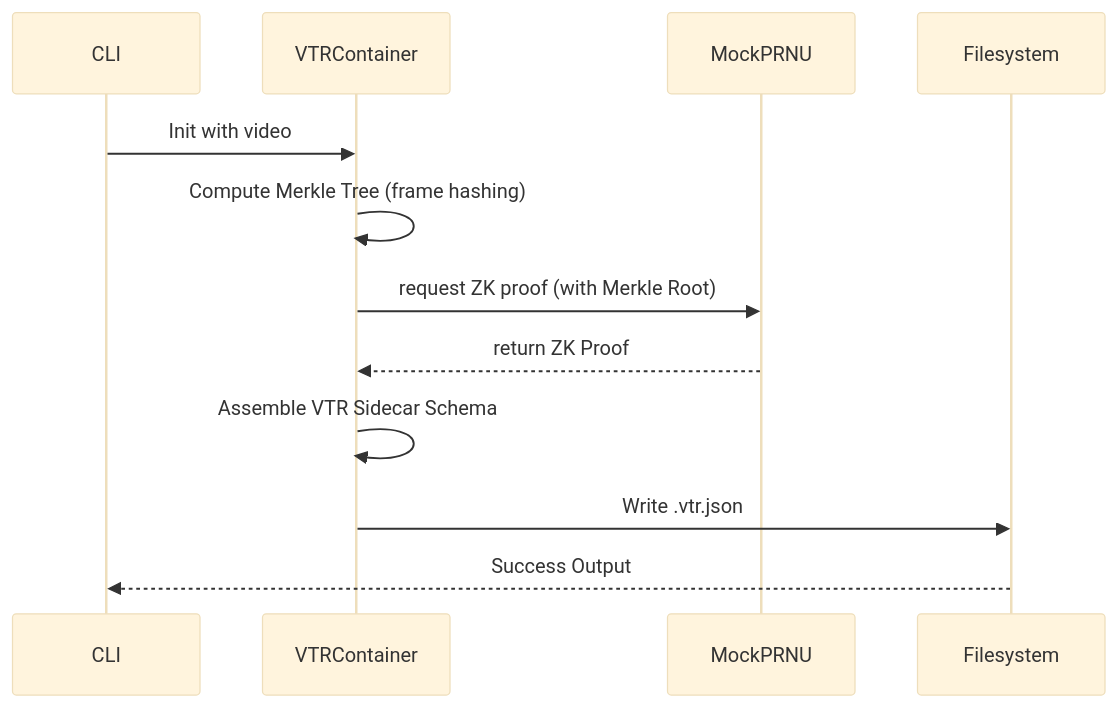
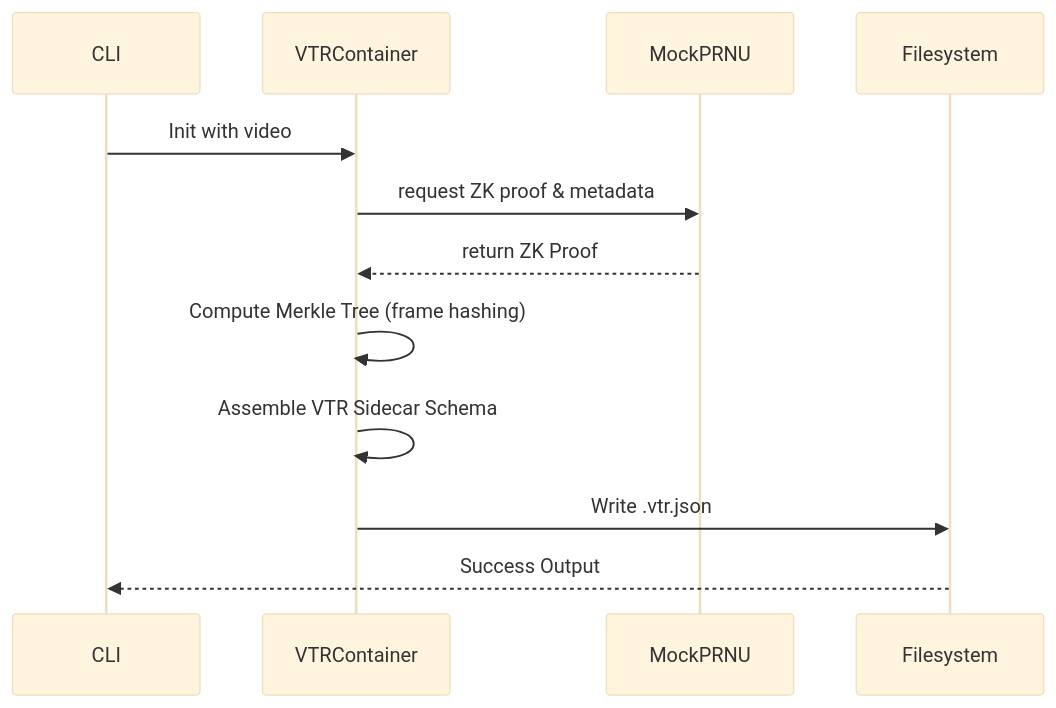
One commit to MnemOnicE/vtr-standard changed the third of 4 diagrams in README.md. Above: the diagram before and after it, drawn with Mermaid (base theme). The commit also changed other lines of this file and 2 other files, not shown here.

First line of the commit message:
📝 [docs] Add mermaid diagrams and mock GIFs to README

````diff
--- a/README.md
+++ b/README.md
@@ -108,15 +108,15 @@
 ```mermaid
 sequenceDiagram
     participant CLI
     participant VTRContainer
     participant MockPRNU
     participant Filesystem
 
     CLI->>VTRContainer: Init with video
+    VTRContainer->>MockPRNU: request ZK proof & metadata
+    MockPRNU-->>VTRContainer: return ZK Proof
     VTRContainer->>VTRContainer: Compute Merkle Tree (frame hashing)
-    VTRContainer->>MockPRNU: request ZK proof (with Merkle Root)
-    MockPRNU-->>VTRContainer: return ZK Proof
     VTRContainer->>VTRContainer: Assemble VTR Sidecar Schema
     VTRContainer->>Filesystem: Write .vtr.json
     Filesystem-->>CLI: Success Output
 ```
````
